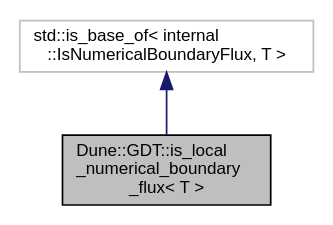
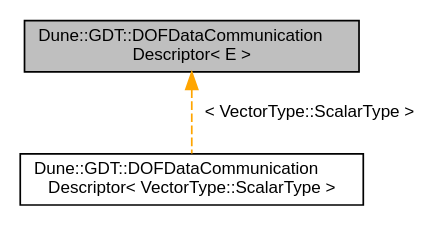
One commit to dune-community/dune-community.github.io changed the diagram in docs/dune-gdt/master/a00858.dot. Above: the diagram before and after it, drawn with Graphviz. The commit also changed 2969 other files, not shown here.

Commit message:
Updated documentation for dune-gdt master

```diff
--- a/docs/dune-gdt/master/a00858.dot
+++ b/docs/dune-gdt/master/a00858.dot
@@ -1,8 +1,8 @@
-digraph "Dune::GDT::is_local_numerical_boundary_flux&lt; T &gt;"
+digraph "Dune::GDT::DOFDataCommunicationDescriptor&lt; E &gt;"
 {
   edge [fontname="Helvetica",fontsize="10",labelfontname="Helvetica",labelfontsize="10"];
   node [fontname="Helvetica",fontsize="10",shape=record];
-  Node1 [label="Dune::GDT::is_local\l_numerical_boundary\l_flux\< T \>",height=0.2,width=0.4,color="black", fillcolor="grey75", style="filled", fontcolor="black"];
-  Node2 -> Node1 [dir="back",color="midnightblue",fontsize="10",style="solid",fontname="Helvetica"];
-  Node2 [label="std::is_base_of\< internal\l::IsNumericalBoundaryFlux, T \>",height=0.2,width=0.4,color="grey75", fillcolor="white", style="filled"];
+  Node1 [label="Dune::GDT::DOFDataCommunication\lDescriptor\< E \>",height=0.2,width=0.4,color="black", fillcolor="grey75", style="filled", fontcolor="black"];
+  Node1 -> Node2 [dir="back",color="orange",fontsize="10",style="dashed",label=" \< VectorType::ScalarType \>" ,fontname="Helvetica"];
+  Node2 [label="Dune::GDT::DOFDataCommunication\lDescriptor\< VectorType::ScalarType \>",height=0.2,width=0.4,color="black", fillcolor="white", style="filled",URL="$a00111.html"];
 }
```
